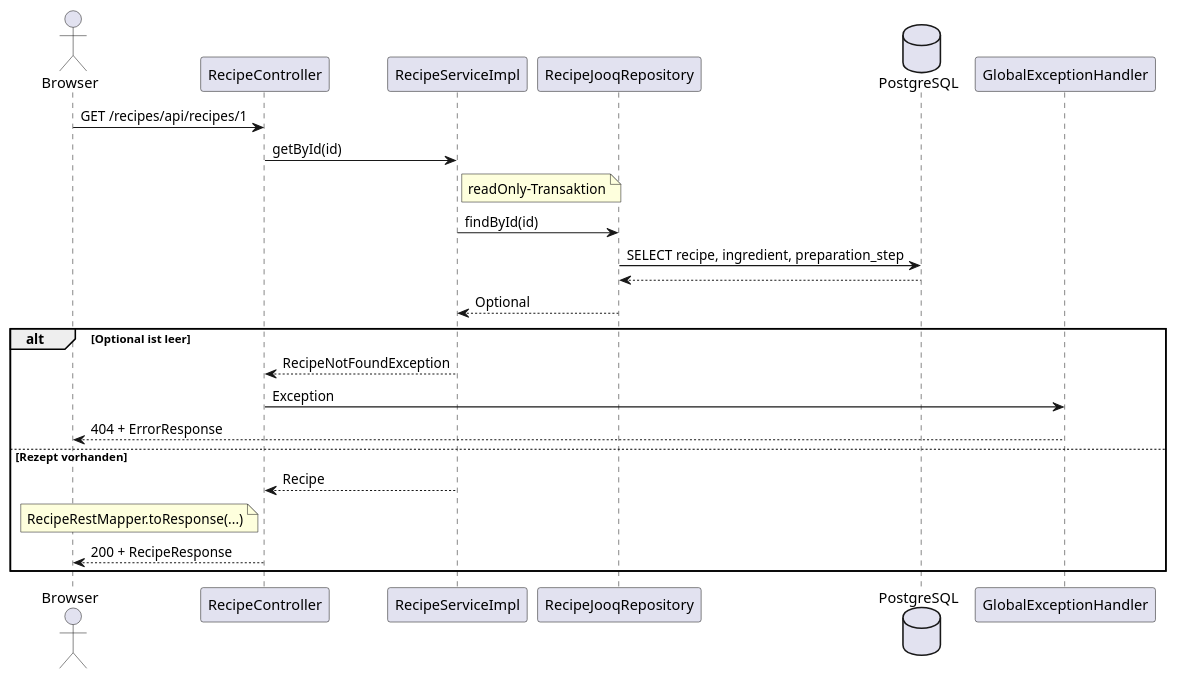
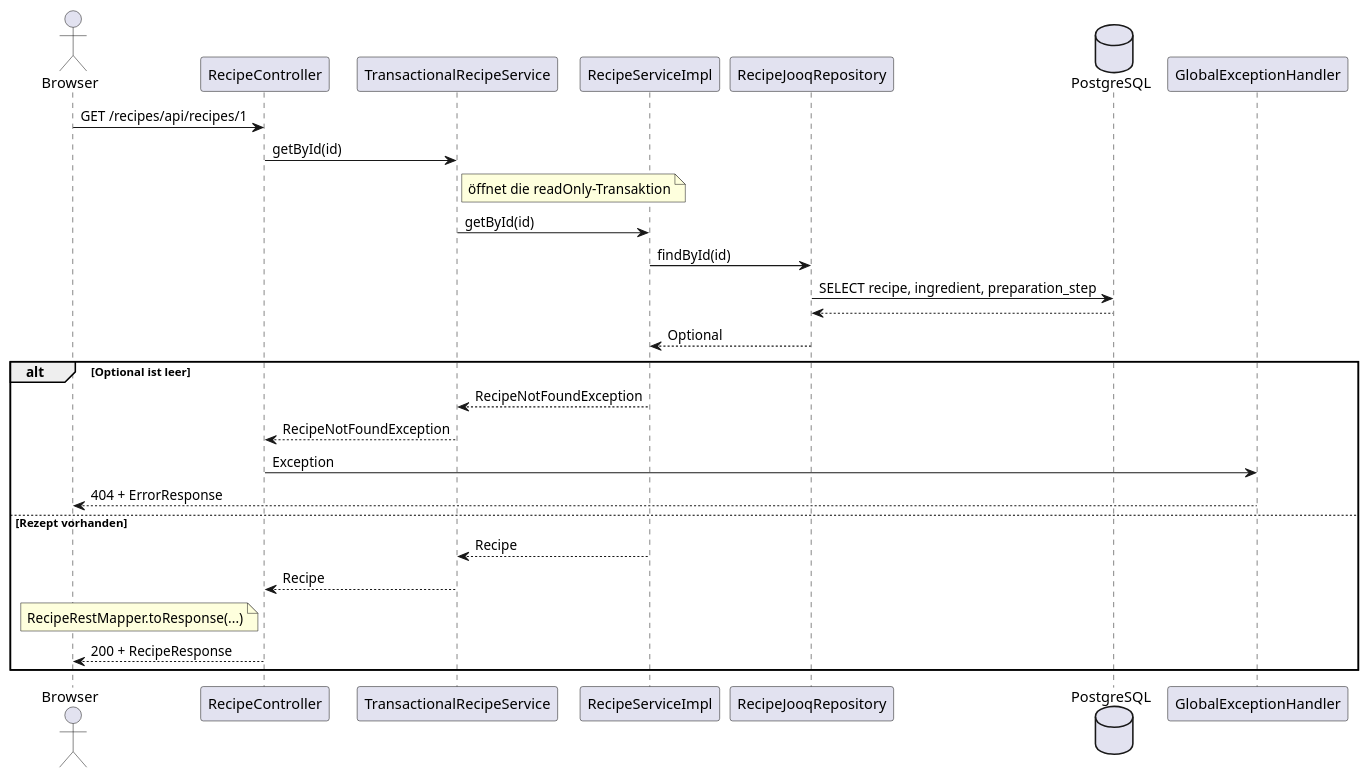
The second of 3 diagrams in docs/system/schichten.adoc (Keymaster65/hello-ai), drawn with PlantUML before and after one commit. The commit also changed other lines of this file and 16 other files, not shown here.

```diff
--- a/docs/system/schichten.adoc
+++ b/docs/system/schichten.adoc
@@ -245,31 +257,35 @@
 [plantuml,ablauf-lesen,svg]
 ....
 @startuml
 !pragma layout smetana
 skinparam shadowing false
 
 actor Browser
 participant "RecipeController" as controller
+participant "TransactionalRecipeService" as tx
 participant "RecipeServiceImpl" as service
 participant "RecipeJooqRepository" as repository
 database "PostgreSQL" as db
 participant "GlobalExceptionHandler" as handler
 
 Browser -> controller : GET /recipes/api/recipes/1
-controller -> service : getById(id)
-note right of service : readOnly-Transaktion
+controller -> tx : getById(id)
+note right of tx : öffnet die readOnly-Transaktion
+tx -> service : getById(id)
 service -> repository : findById(id)
 repository -> db : SELECT recipe, ingredient, preparation_step
 db --> repository
 repository --> service : Optional
 alt Optional ist leer
-  service --> controller : RecipeNotFoundException
+  service --> tx : RecipeNotFoundException
+  tx --> controller : RecipeNotFoundException
   controller -> handler : Exception
   handler --> Browser : 404 + ErrorResponse
 else Rezept vorhanden
-  service --> controller : Recipe
+  service --> tx : Recipe
+  tx --> controller : Recipe
   note left of controller : RecipeRestMapper.toResponse(...)
   controller --> Browser : 200 + RecipeResponse
 end
 @enduml
 ....
```
